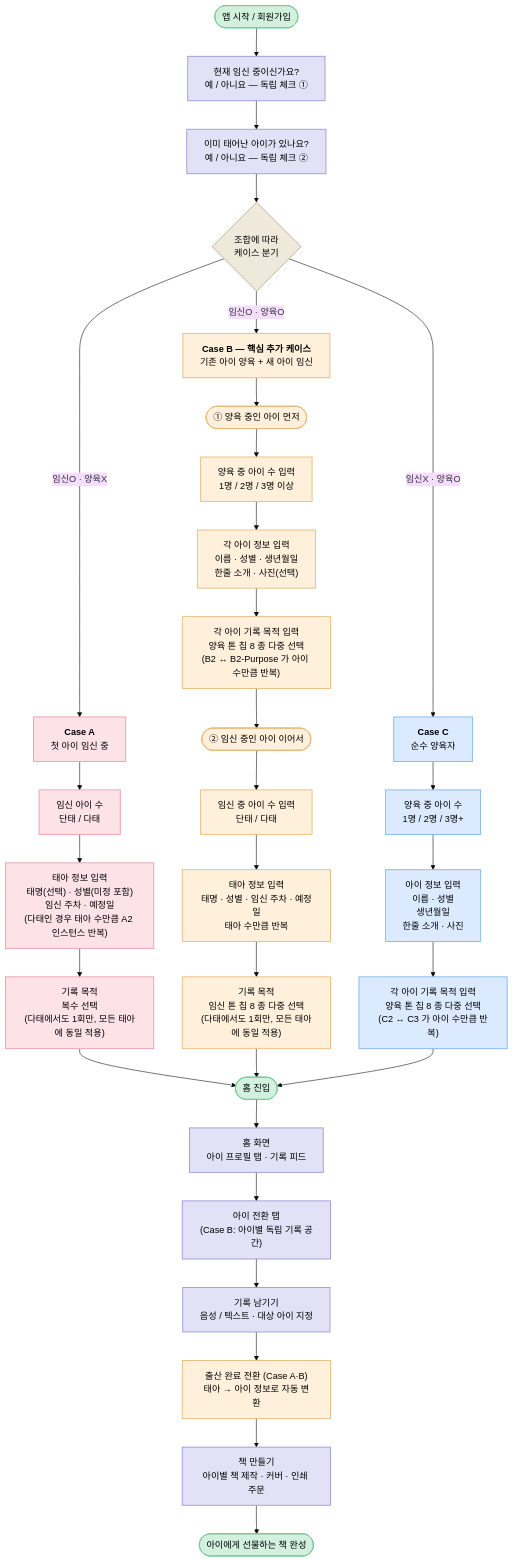
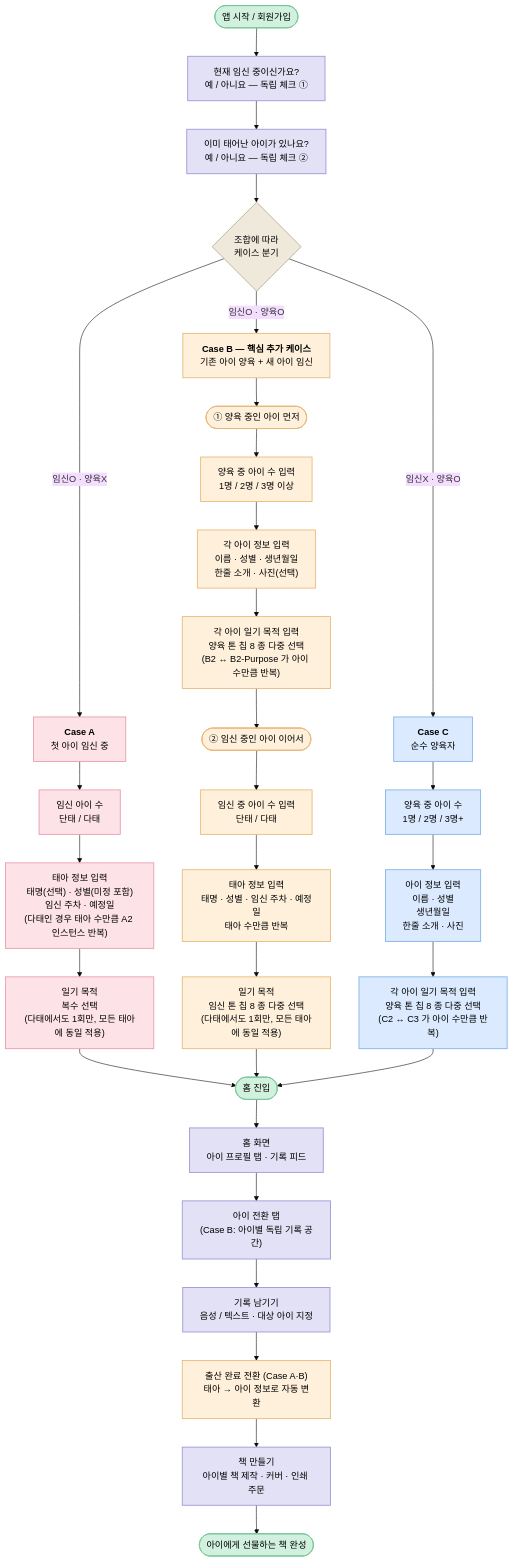
One commit to dlddu/dear-baby changed the diagram in docs/flows/onboarding-flow.md. Above: the diagram before and after it, drawn with Mermaid (base theme). The commit also changed other lines of this file and 8 other files, not shown here.

````diff
--- a/docs/flows/onboarding-flow.md
+++ b/docs/flows/onboarding-flow.md
@@ -31,57 +31,57 @@
 ```mermaid
 flowchart TD
     Start([앱 시작 / 회원가입]) --> Q1["현재 임신 중이신가요?<br/>예 / 아니요 — 독립 체크 ①"]
     Q1 --> Q2["이미 태어난 아이가 있나요?<br/>예 / 아니요 — 독립 체크 ②"]
     Q2 --> Branch{"조합에 따라<br/>케이스 분기"}
 
     Branch -- "임신O · 양육X" --> CaseA["<b>Case A</b><br/>첫 아이 임신 중"]
     Branch -- "임신O · 양육O" --> CaseB["<b>Case B — 핵심 추가 케이스</b><br/>기존 아이 양육 + 새 아이 임신"]
     Branch -- "임신X · 양육O" --> CaseC["<b>Case C</b><br/>순수 양육자"]
 
     %% ===== Case A =====
     CaseA --> A1["임신 아이 수<br/>단태 / 다태"]
     A1 --> A2["태아 정보 입력<br/>태명(선택) · 성별(미정 포함)<br/>임신 주차 · 예정일<br/>(다태인 경우 태아 수만큼 A2 인스턴스 반복)"]
-    A2 --> A3["기록 목적<br/>복수 선택<br/>(다태에서도 1회만, 모든 태아에 동일 적용)"]
+    A2 --> A3["일기 목적<br/>복수 선택<br/>(다태에서도 1회만, 모든 태아에 동일 적용)"]
     A3 --> HomeEnter([홈 진입])
 
     %% ===== Case B =====
     CaseB --> B0(["① 양육 중인 아이 먼저"])
     B0 --> B1["양육 중 아이 수 입력<br/>1명 / 2명 / 3명 이상"]
     B1 --> B2["각 아이 정보 입력<br/>이름 · 성별 · 생년월일<br/>한줄 소개 · 사진(선택)"]
-    B2 --> B2P["각 아이 기록 목적 입력<br/>양육 톤 칩 8 종 다중 선택<br/>(B2 ↔ B2-Purpose 가 아이 수만큼 반복)"]
+    B2 --> B2P["각 아이 일기 목적 입력<br/>양육 톤 칩 8 종 다중 선택<br/>(B2 ↔ B2-Purpose 가 아이 수만큼 반복)"]
     B2P --> B3(["② 임신 중인 아이 이어서"])
     B3 --> B4["임신 중 아이 수 입력<br/>단태 / 다태"]
     B4 --> B5["태아 정보 입력<br/>태명 · 성별 · 임신 주차 · 예정일<br/>태아 수만큼 반복"]
-    B5 --> B6["기록 목적<br/>임신 톤 칩 8 종 다중 선택<br/>(다태에서도 1회만, 모든 태아에 동일 적용)"]
+    B5 --> B6["일기 목적<br/>임신 톤 칩 8 종 다중 선택<br/>(다태에서도 1회만, 모든 태아에 동일 적용)"]
     B6 --> HomeEnter
 
     %% ===== Case C =====
     CaseC --> C1["양육 중 아이 수<br/>1명 / 2명 / 3명+"]
     C1 --> C2["아이 정보 입력<br/>이름 · 성별<br/>생년월일<br/>한줄 소개 · 사진"]
-    C2 --> C3["각 아이 기록 목적 입력<br/>양육 톤 칩 8 종 다중 선택<br/>(C2 ↔ C3 가 아이 수만큼 반복)"]
+    C2 --> C3["각 아이 일기 목적 입력<br/>양육 톤 칩 8 종 다중 선택<br/>(C2 ↔ C3 가 아이 수만큼 반복)"]
     C3 --> HomeEnter
 
     %% ===== 공통 플로우 =====
     HomeEnter --> HomeScreen["홈 화면<br/>아이 프로필 탭 · 기록 피드"]
     HomeScreen --> SwitchTab["아이 전환 탭<br/>(Case B: 아이별 독립 기록 공간)"]
     SwitchTab --> Record["기록 남기기<br/>음성 / 텍스트 · 대상 아이 지정"]
     Record --> Convert["출산 완료 전환 (Case A·B)<br/>태아 → 아이 정보로 자동 변환"]
     Convert --> Book["책 만들기<br/>아이별 책 제작 · 커버 · 인쇄 주문"]
     Book --> Final([아이에게 선물하는 책 완성])
 
     %% ===== 스타일 =====
     classDef caseA fill:#fde2e7,stroke:#e89bab,stroke-width:1.5px,color:#000
     classDef caseB fill:#fef0db,stroke:#e8b878,stroke-width:1.5px,color:#000
     classDef caseC fill:#dbeafe,stroke:#7eb3e8,stroke-width:1.5px,color:#000
     classDef common fill:#e3e1f5,stroke:#9b95d6,stroke-width:1.5px,color:#000
     classDef enter fill:#d1f0dd,stroke:#7ac79a,stroke-width:1.5px,color:#000
     classDef branch fill:#efe9dc,stroke:#b8a98a,stroke-width:1.5px,color:#000
 
     class CaseA,A1,A2,A3 caseA
     class CaseB,B0,B1,B2,B2P,B3,B4,B5,B6 caseB
     class CaseC,C1,C2,C3 caseC
     class Q1,Q2,HomeScreen,SwitchTab,Record,Book common
     class Convert caseB
     class Branch branch
     class Start,HomeEnter,Final enter
 ```
````
